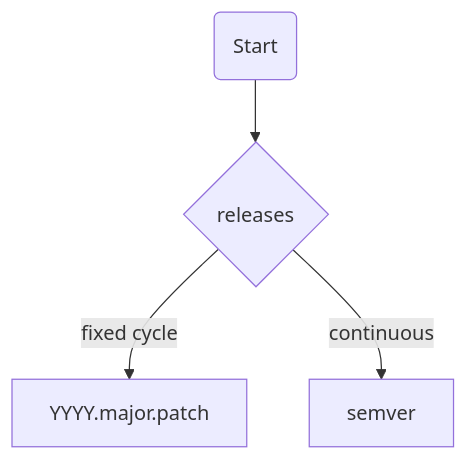
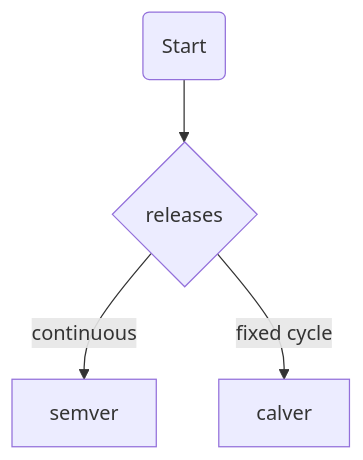
Before and after one commit to codingjoe/naming-things: the diagram in README.md, drawn with Mermaid.

Commit message:
Update graph

````diff
--- a/README.md
+++ b/README.md
@@ -141,6 +141,6 @@
 ```mermaid
 flowchart TD
     A(Start) --> B{releases}
-    B -- fixed cycle --> C[YYYY.major.patch]
     B -- continuous --> D[semver]
+    B -- fixed cycle --> C[calver]
 ```
````
